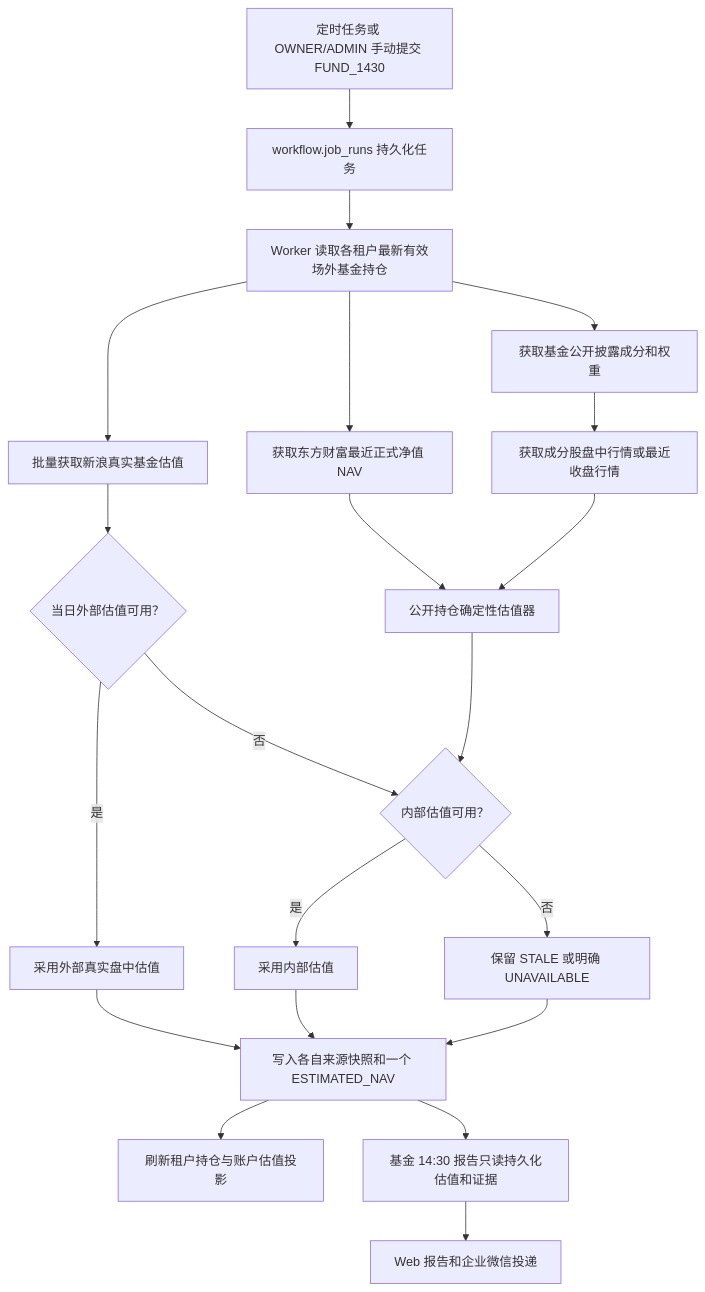
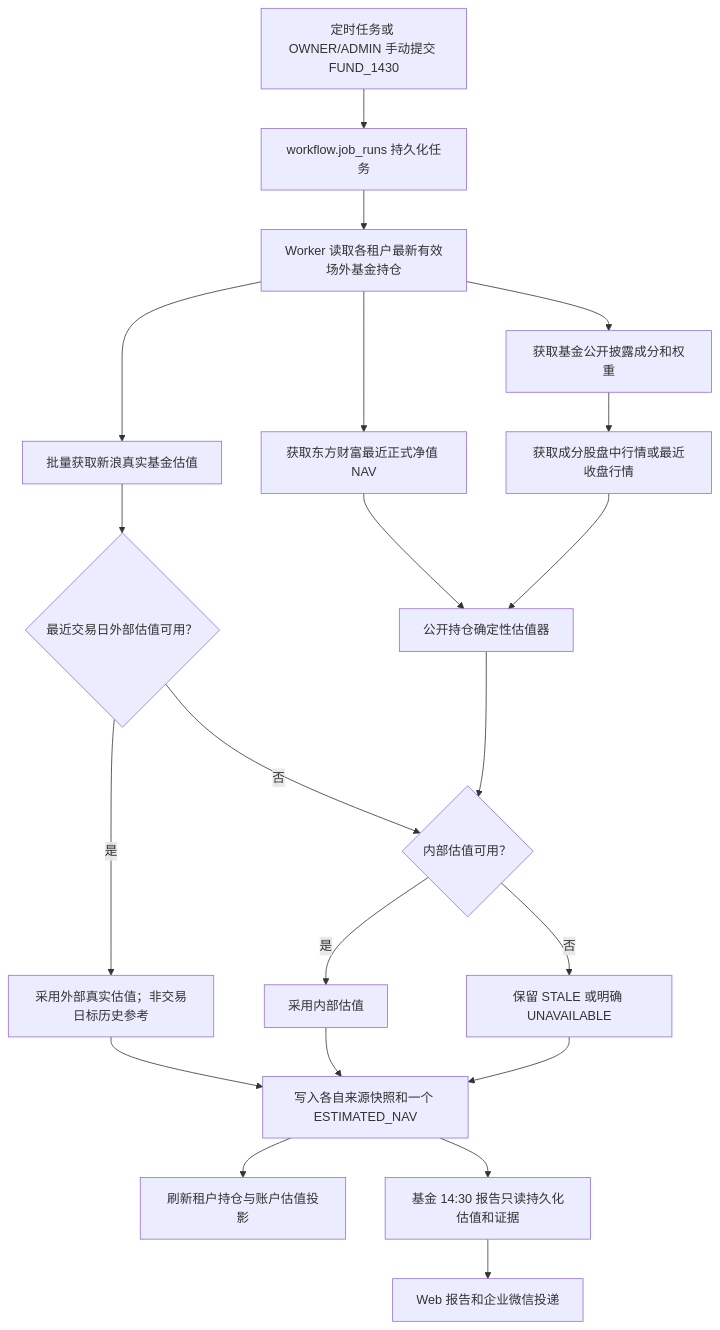
The diagram in docs/22.WealthSail基金盘中估值真实数据链路与模拟数据治理.md (sinojelly/wealthsail), drawn with Mermaid before and after one commit. The commit also changed other lines of this file and 21 other files, not shown here.

````diff
--- a/docs/22.WealthSail基金盘中估值真实数据链路与模拟数据治理.md
+++ b/docs/22.WealthSail基金盘中估值真实数据链路与模拟数据治理.md
@@ -70,23 +73,23 @@
 ```mermaid
 flowchart TD
     A["定时任务或 OWNER/ADMIN 手动提交 FUND_1430"] --> B["workflow.job_runs 持久化任务"]
     B --> C["Worker 读取各租户最新有效场外基金持仓"]
     C --> D["批量获取新浪真实基金估值"]
     C --> E["获取东方财富最近正式净值 NAV"]
     C --> F["获取基金公开披露成分和权重"]
     F --> G["获取成分股盘中行情或最近收盘行情"]
     E --> H["公开持仓确定性估值器"]
     G --> H
-    D --> I{"当日外部估值可用？"}
-    I -->|是| J["采用外部真实盘中估值"]
+    D --> I{"最近交易日外部估值可用？"}
+    I -->|是| J["采用外部真实估值；非交易日标历史参考"]
     I -->|否| K{"内部估值可用？"}
     H --> K
     K -->|是| L["采用内部估值"]
     K -->|否| M["保留 STALE 或明确 UNAVAILABLE"]
     J --> N["写入各自来源快照和一个 ESTIMATED_NAV"]
     L --> N
     M --> N
     N --> O["刷新租户持仓与账户估值投影"]
     N --> P["基金 14:30 报告只读持久化估值和证据"]
     P --> Q["Web 报告和企业微信投递"]
 ```
````
